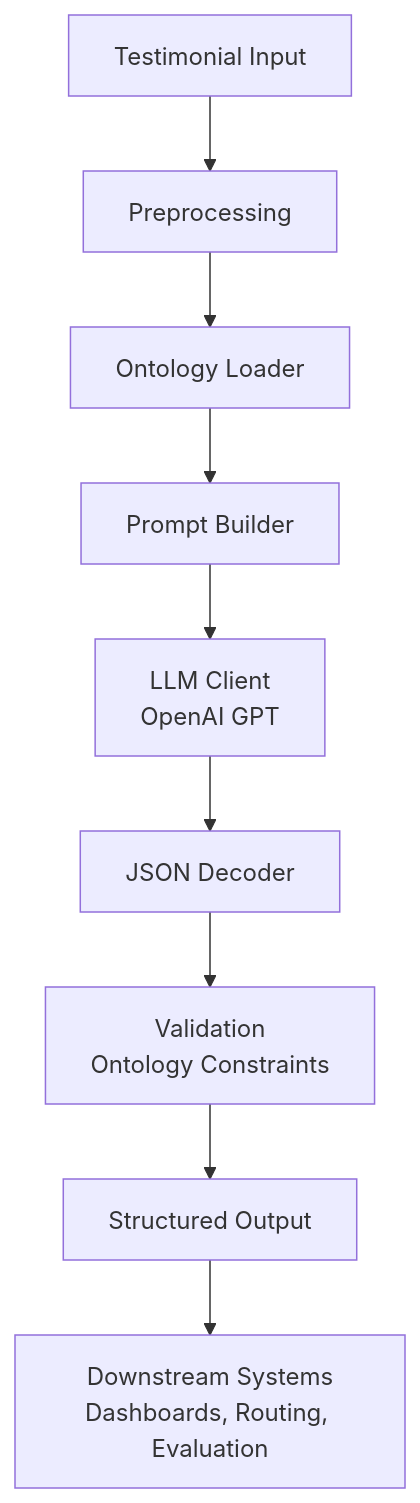
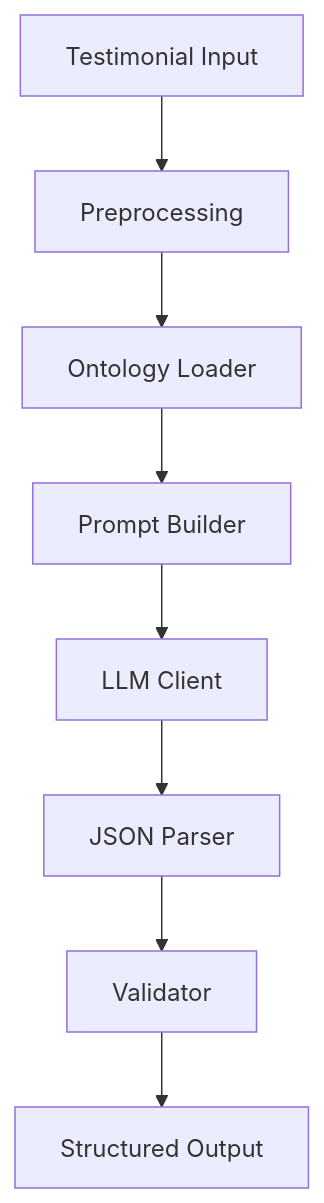
One commit to manueldazar/ubpd-llm-testimonial-classifier changed the first of 2 diagrams in docs/architecture.md. Above: the diagram before and after it, drawn with Mermaid. The commit also changed other lines of this file and 15 other files, not shown here.

```diff
--- a/docs/architecture.md
+++ b/docs/architecture.md
@@ -58,11 +32,10 @@
 <div class="mermaid">
 flowchart TD
     A[Testimonial Input] --> B[Preprocessing]
     B --> C[Ontology Loader]
     C --> D[Prompt Builder]
-    D --> E[LLM Client<br/>OpenAI GPT]
-    E --> F[JSON Decoder]
-    F --> G[Validation<br/>Ontology Constraints]
+    D --> E[LLM Client]
+    E --> F[JSON Parser]
+    F --> G[Validator]
     G --> H[Structured Output]
-    H --> I[Downstream Systems<br/>Dashboards, Routing, Evaluation]
 </div>
```
